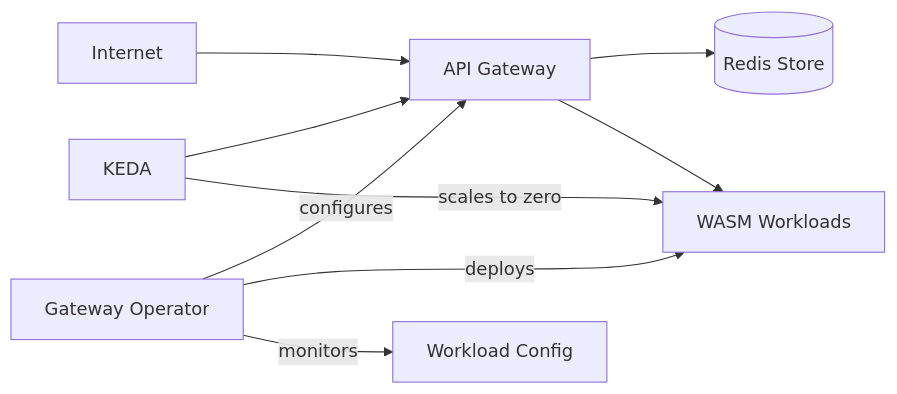
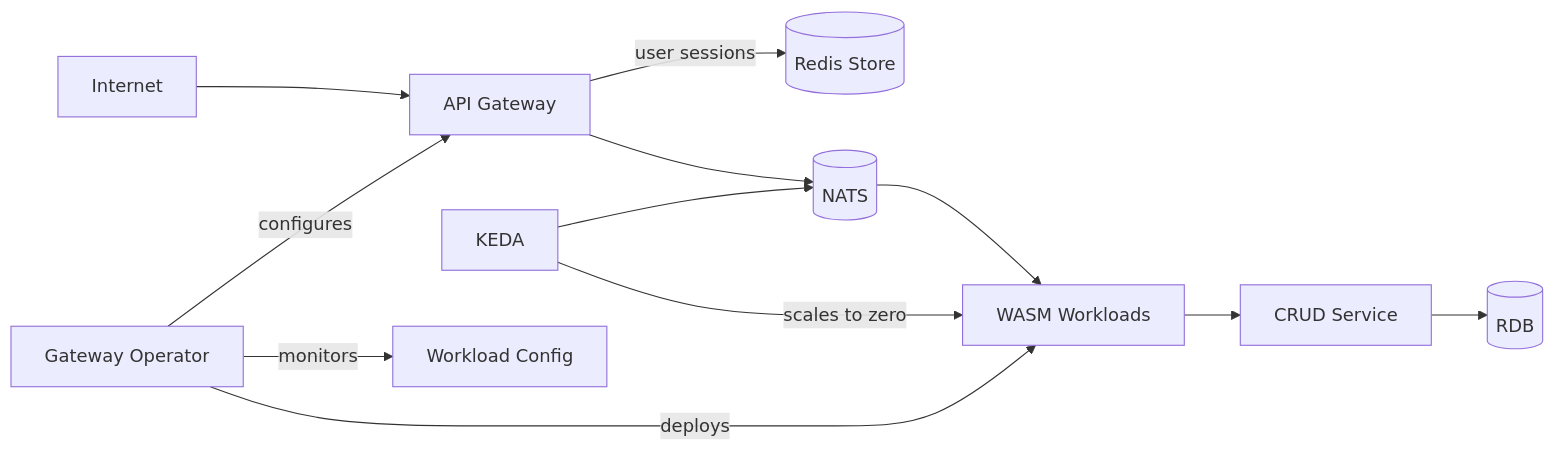
Before and after one commit to benjamin-wright/wasm-stream: the diagram in README.md, drawn with Mermaid.

````diff
--- a/README.md
+++ b/README.md
@@ -6,19 +6,25 @@
 ```mermaid
 graph LR;
   internet["Internet"]
   api["API Gateway"]
   operator["Gateway Operator"]
   redis[(Redis Store)]
+  nats[(NATS)]
   worker["WASM Workloads"]
   keda["KEDA"]
   config["Workload Config"]
+  crud["CRUD Service"]
+  rdb[(RDB)]
 
   internet-->api
-  api-->redis
-  api-->worker
-  keda-->api
+  api--"user sessions"-->redis
+  api-->nats
+  nats-->worker
+  keda-->nats
   keda--"scales to zero"-->worker
   operator--configures-->api
   operator--deploys-->worker
   operator--monitors-->config
+  worker-->crud
+  crud-->rdb
 ```
````
